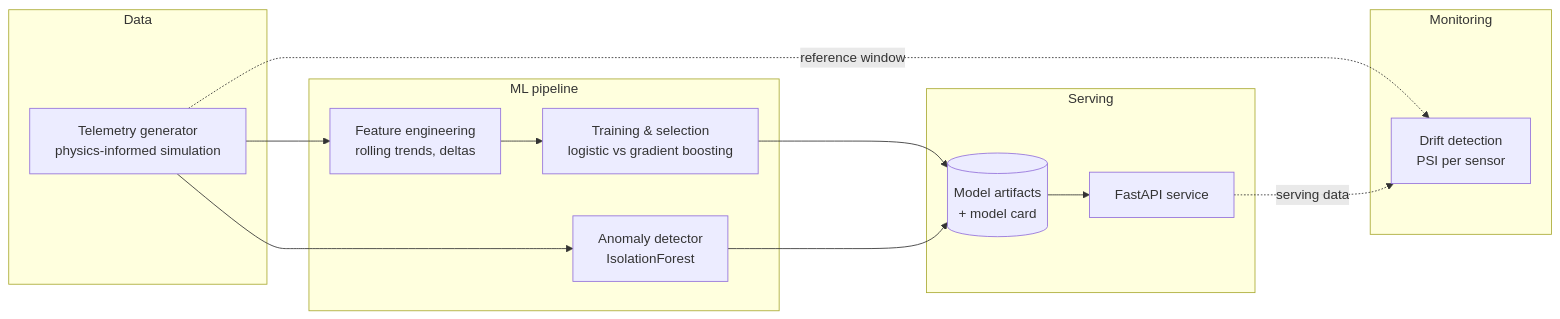
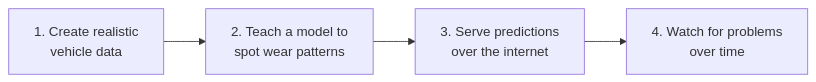
Before and after one commit to Rishicode09/Projects: the diagram in fleetpulse/README.md, drawn with Mermaid. The commit also changed other lines of this file and 1 other file, not shown here.

````diff
--- a/fleetpulse/README.md
+++ b/fleetpulse/README.md
@@ -37,24 +44,6 @@
 ```mermaid
 flowchart LR
-    subgraph Data
-        G[Telemetry generator<br/>physics-informed simulation]
-    end
-    subgraph ML pipeline
-        F[Feature engineering<br/>rolling trends, deltas]
-        T[Training & selection<br/>logistic vs gradient boosting]
-        A[Anomaly detector<br/>IsolationForest]
-    end
-    subgraph Serving
-        API[FastAPI service]
-        M[(Model artifacts<br/>+ model card)]
-    end
-    subgraph Monitoring
-        D[Drift detection<br/>PSI per sensor]
-    end
-
-    G --> F --> T --> M
-    G --> A --> M
-    M --> API
-    G -. reference window .-> D
-    API -. serving data .-> D
+    A[1. Create realistic<br/>vehicle data] --> B[2. Teach a model to<br/>spot wear patterns]
+    B --> C[3. Serve predictions<br/>over the internet]
+    C --> D[4. Watch for problems<br/>over time]
 ```
````
